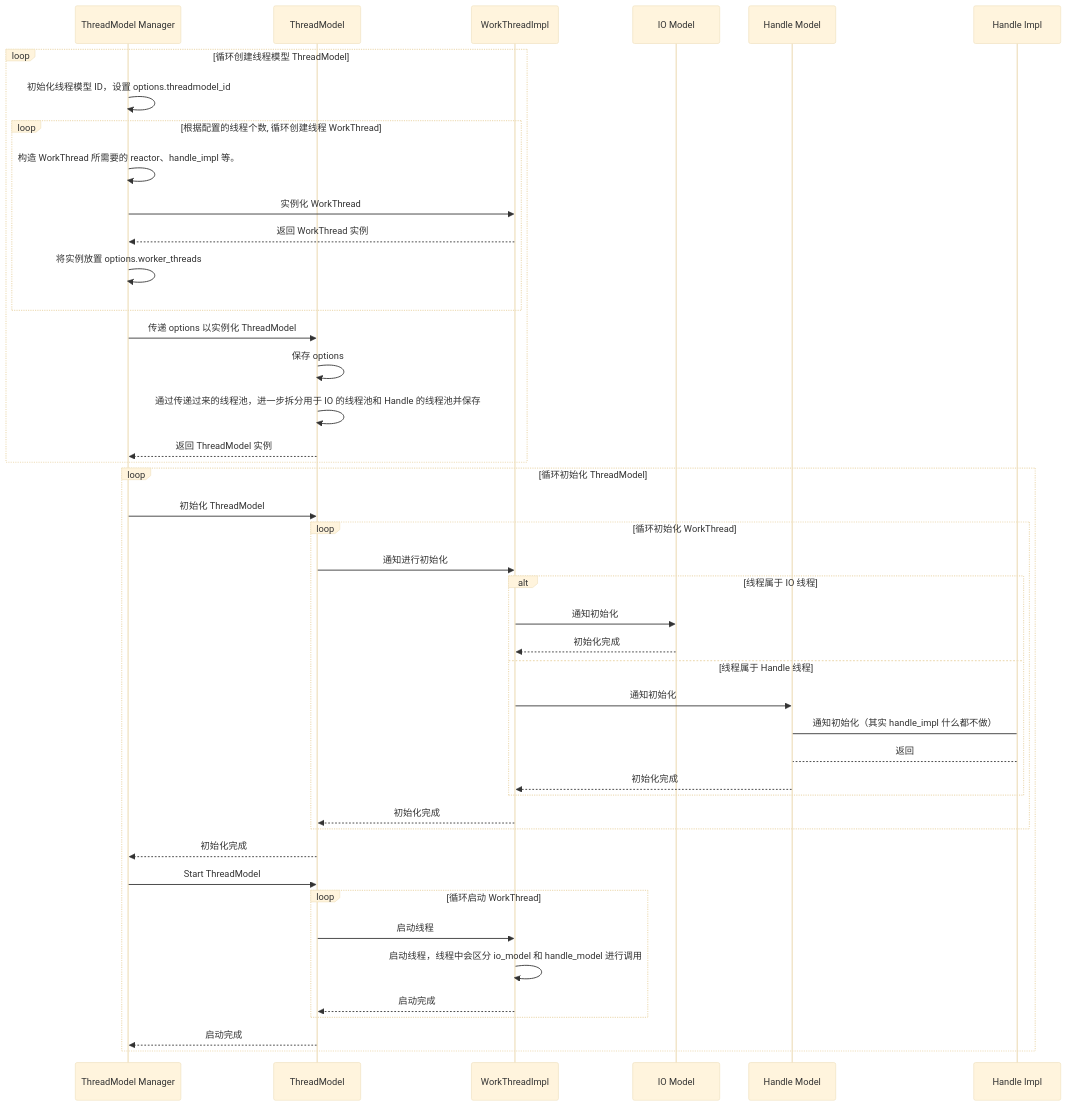
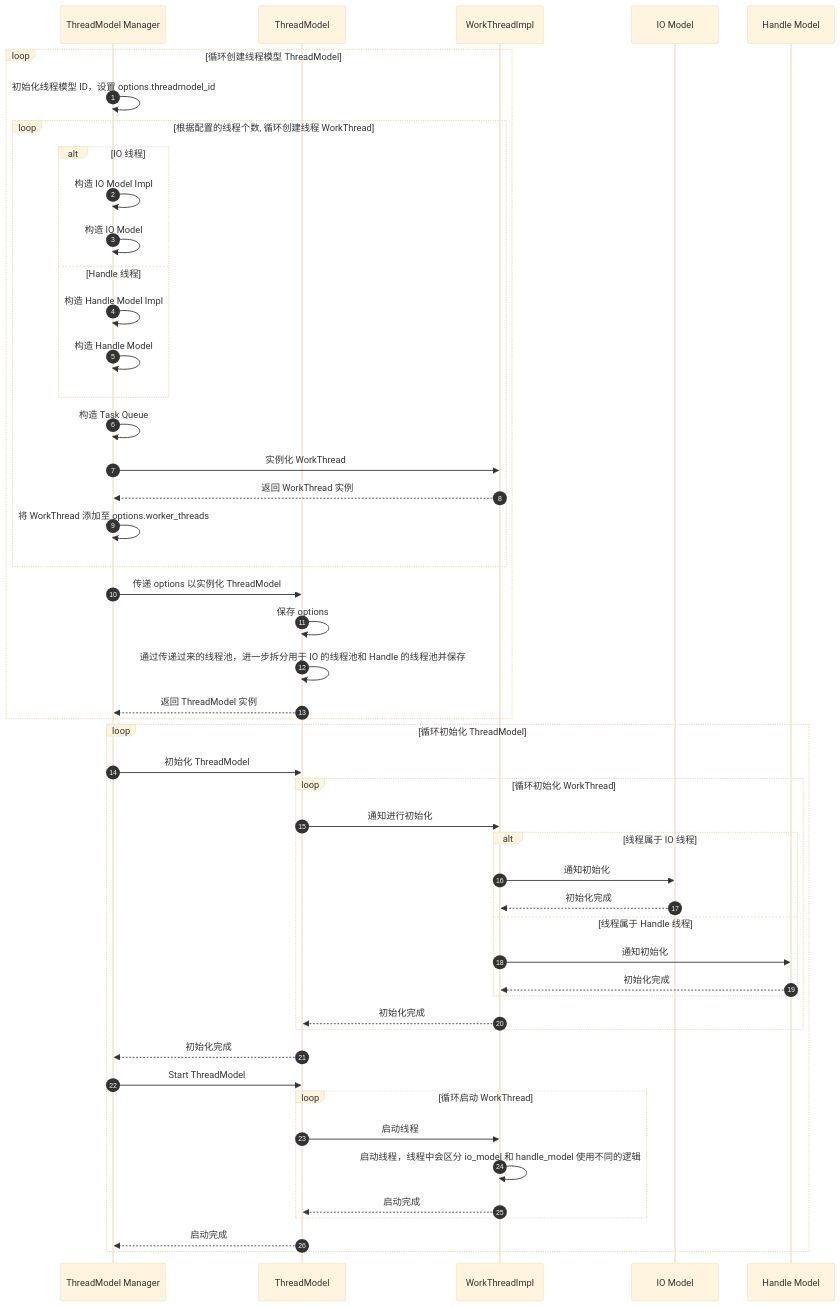
The second of 4 diagrams in posts/xrpc/xrpc-thread-model/readme.md (lsj9383/blog), drawn with Mermaid (base theme) before and after one commit. The commit also changed other lines of this file, not shown here.

````diff
--- a/posts/xrpc/xrpc-thread-model/readme.md
+++ b/posts/xrpc/xrpc-thread-model/readme.md
@@ -103,54 +108,60 @@
 ```mermaid
 sequenceDiagram
+autonumber
 
 participant thread_model_manager as ThreadModel Manager
 participant thread_model as ThreadModel
 participant work_thread_impl as WorkThreadImpl
 participant io_model as IO Model
 participant handle_model as Handle Model
-participant handle_impl as Handle Impl
 
 loop 循环创建线程模型 ThreadModel
 
     thread_model_manager ->> thread_model_manager: 初始化线程模型 ID，设置 options.threadmodel_id
 
     loop 根据配置的线程个数, 循环创建线程 WorkThread
-        thread_model_manager ->> thread_model_manager: 构造 WorkThread 所需要的 reactor、handle_impl 等。
+        alt IO 线程
+            thread_model_manager ->> thread_model_manager: 构造 IO Model Impl
+            thread_model_manager ->> thread_model_manager: 构造 IO Model
+        else Handle 线程
+            thread_model_manager ->> thread_model_manager: 构造 Handle Model Impl
+            thread_model_manager ->> thread_model_manager: 构造 Handle Model
+        end
+        thread_model_manager ->> thread_model_manager: 构造 Task Queue
+
         thread_model_manager ->> work_thread_impl: 实例化 WorkThread
         work_thread_impl -->> thread_model_manager: 返回 WorkThread 实例
-        thread_model_manager ->> thread_model_manager: 将实例放置 options.worker_threads
+        thread_model_manager ->> thread_model_manager: 将 WorkThread 添加至 options.worker_threads
     end
 
     thread_model_manager ->> thread_model: 传递 options 以实例化 ThreadModel
     thread_model ->> thread_model: 保存 options
     thread_model ->> thread_model: 通过传递过来的线程池，进一步拆分用于 IO 的线程池和 Handle 的线程池并保存
     thread_model -->> thread_model_manager: 返回 ThreadModel 实例
 end
 
 loop 循环初始化 ThreadModel
     thread_model_manager ->> thread_model: 初始化 ThreadModel
     loop 循环初始化 WorkThread
         thread_model ->> work_thread_impl: 通知进行初始化
         alt 线程属于 IO 线程
             work_thread_impl ->> io_model: 通知初始化
             io_model -->> work_thread_impl: 初始化完成
         else 线程属于 Handle 线程
             work_thread_impl ->> handle_model: 通知初始化
-            handle_model -> handle_impl: 通知初始化（其实 handle_impl 什么都不做）
-            handle_impl --> handle_model: 返回
             handle_model -->> work_thread_impl: 初始化完成
         end
         work_thread_impl -->> thread_model: 初始化完成
     end
     thread_model -->> thread_model_manager: 初始化完成
 
     thread_model_manager ->> thread_model: Start ThreadModel
     loop 循环启动 WorkThread
         thread_model ->> work_thread_impl: 启动线程
-        work_thread_impl ->> work_thread_impl: 启动线程，线程中会区分 io_model 和 handle_model 进行调用
+        work_thread_impl ->> work_thread_impl: 启动线程，线程中会区分 io_model 和 handle_model 使用不同的逻辑
         work_thread_impl -->> thread_model: 启动完成
     end
     thread_model -->> thread_model_manager: 启动完成
 
 end
 ```
````
